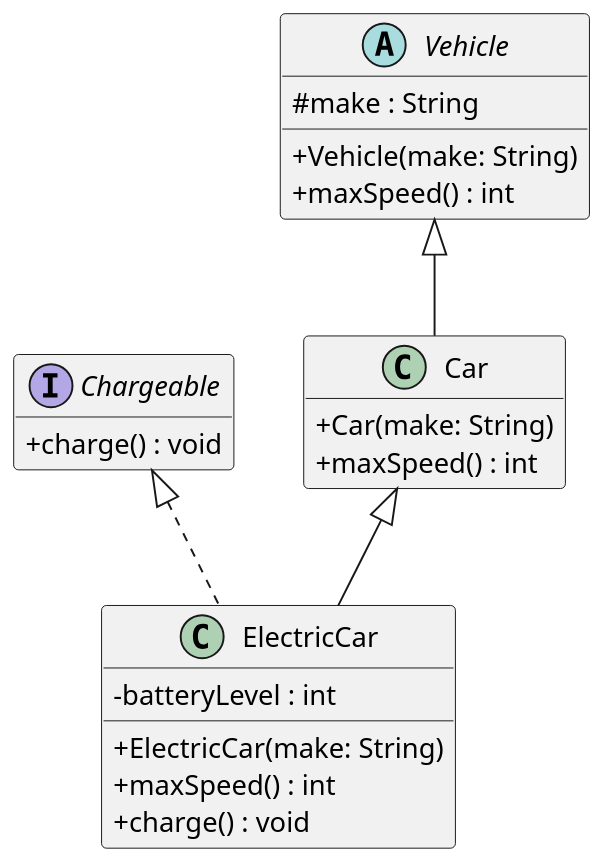
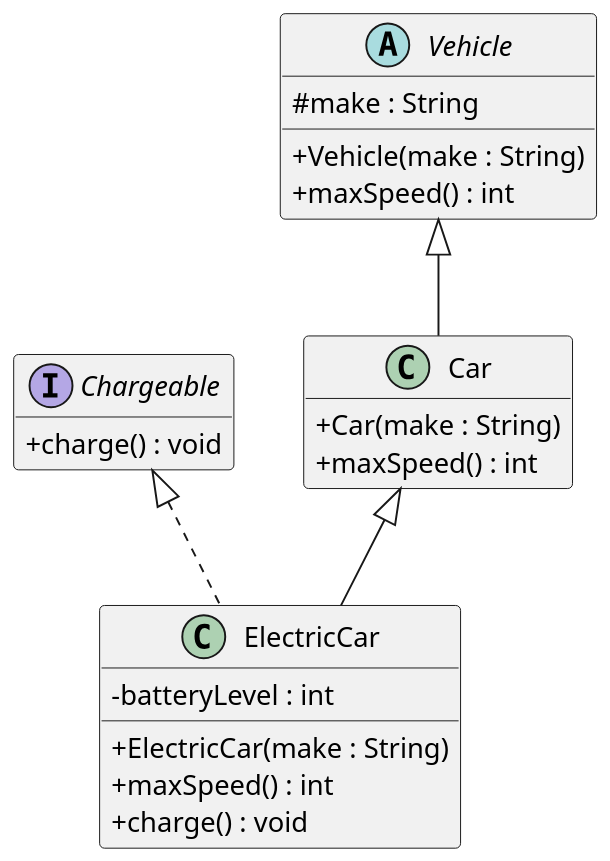
The diagram in plantuml/exercises/vehicles-uml-starter.puml (Cath-A/207-course-notes), drawn with PlantUML before and after one commit.

Commit message:
Work on vehicles-uml-starter.puml

```diff
--- a/plantuml/exercises/vehicles-uml-starter.puml
+++ b/plantuml/exercises/vehicles-uml-starter.puml
@@ -1,47 +1,32 @@
 @startuml
 skinparam dpi 150
 skinparam classAttributeIconSize 0
 hide empty members
 
-' Your task (Chapter 3, Question 2): draw the UML class diagram for the
-' Vehicle / Car / ElectricCar / Chargeable code.
-'
-' Define each type as a box, then connect them with the right arrows. One box
-' (Chargeable) is filled in as an example — complete the other three and add the
-' relationships.
-'
-' PlantUML cheat-sheet:
-'   interface Name { + method() : Type }
-'   abstract class Name { # field : Type }
-'   class Name { - field : Type }
-'   Parent    <|-- Child    ' generalization: Child extends Parent
-'   Interface <|.. Class    ' realization:    Class implements Interface
-' (Putting the parent/interface on the LEFT of the arrow keeps it on top.)
-
 interface Chargeable {
-  + charge() : void
+    + charge() : void
 }
 
 abstract class Vehicle {
     # make : String
-    + Vehicle(make: String)
+    + Vehicle(make : String)
     + maxSpeed() : int
 }
 
 class Car {
-    + Car(make: String)
+    + Car(make : String)
     + maxSpeed() : int
 }
 
 class ElectricCar {
     - batteryLevel : int
-    + ElectricCar(make: String)
+    + ElectricCar(make : String)
     + maxSpeed() : int
     + charge() : void
 }
 
 Vehicle <|-- Car
 Car <|-- ElectricCar
 Chargeable <|.. ElectricCar
 
 @enduml
```
